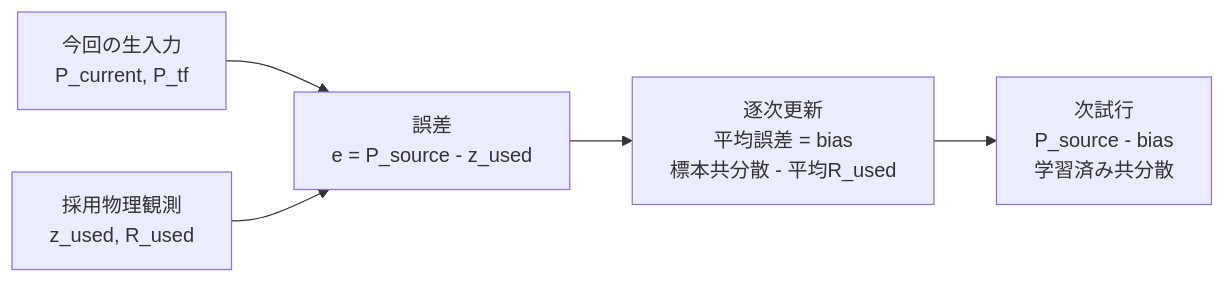
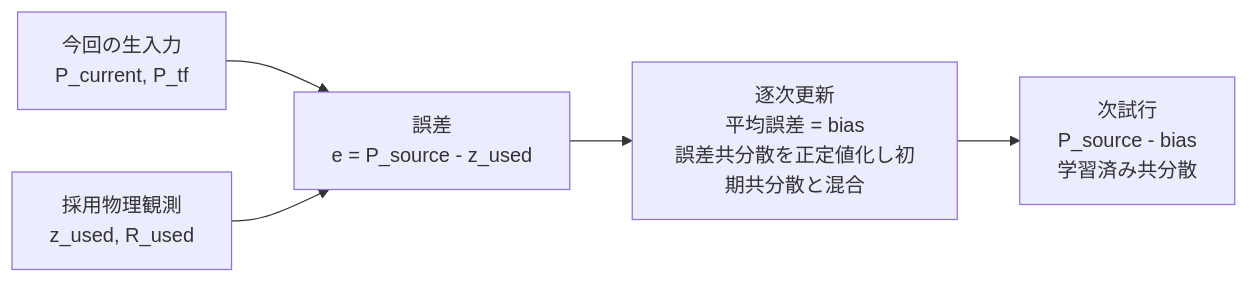
One commit to soma-okamoto/Docker_Youbot_project_gradient changed the fourth of 5 diagrams in catkin_ws/src/place_estimation/docs/system_architecture.md. Above: the diagram before and after it, drawn with Mermaid. The commit also changed other lines of this file and 64 other files, not shown here.

````diff
--- a/catkin_ws/src/place_estimation/docs/system_architecture.md
+++ b/catkin_ws/src/place_estimation/docs/system_architecture.md
@@ -185,13 +188,13 @@
 ```mermaid
 flowchart LR
     RAW["今回の生入力<br/>P_current, P_tf"]
     USED["採用物理観測<br/>z_used, R_used"]
     ERR["誤差<br/>e = P_source - z_used"]
-    LEARN["逐次更新<br/>平均誤差 = bias<br/>標本共分散 - 平均R_used"]
+    LEARN["逐次更新<br/>平均誤差 = bias<br/>誤差共分散を正定値化し初期共分散と混合"]
     NEXT["次試行<br/>P_source - bias<br/>学習済み共分散"]
 
     RAW --> ERR
     USED --> ERR
     ERR --> LEARN
     LEARN --> NEXT
 ```
````
